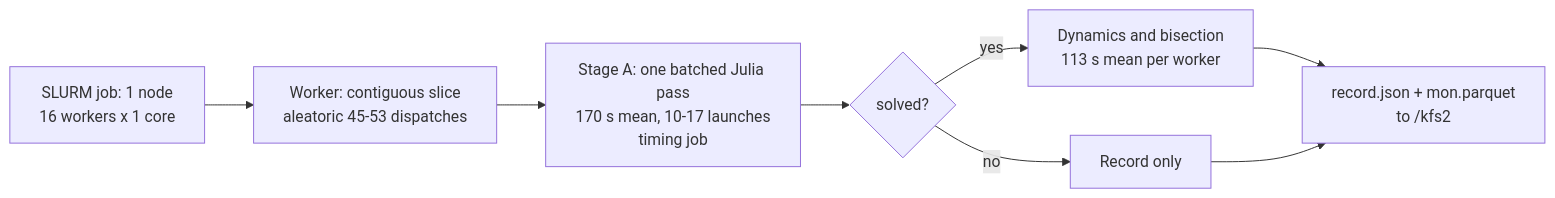
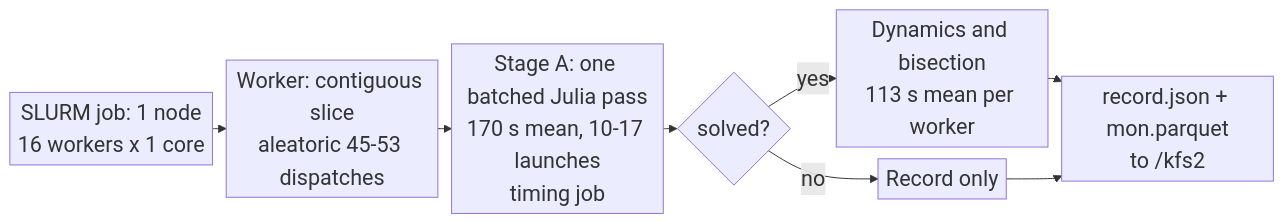
One commit to ORNL/GridKit changed the fourth of 4 diagrams in uq-usecase/work-notes/datacenter_pilot_report.md. Above: the diagram before and after it, drawn with Mermaid. The commit also changed 8 other files, not shown here.

Commit message:
updated md and tex, figure sizes

````diff
--- a/uq-usecase/work-notes/datacenter_pilot_report.md
+++ b/uq-usecase/work-notes/datacenter_pilot_report.md
@@ -429,10 +429,11 @@
 ```mermaid
+%%{init: {"fontSize": 22, "themeVariables": {"fontSize": "22px"}, "flowchart": {"nodeSpacing": 12, "rankSpacing": 14, "padding": 4}}}%%
 flowchart LR
     J[SLURM job: 1 node<br/>16 workers x 1 core] --> S[Worker: contiguous slice<br/>aleatoric 45-53 dispatches]
     S --> A[Stage A: one batched Julia pass<br/>170 s mean, 10-17 launches<br/>timing job]
     A --> B{solved?}
     B -->|yes| C[Dynamics and bisection<br/>113 s mean per worker]
     B -->|no| D[Record only]
     C --> E[record.json + mon.parquet<br/>to /kfs2]
     D --> E
 ```
````
